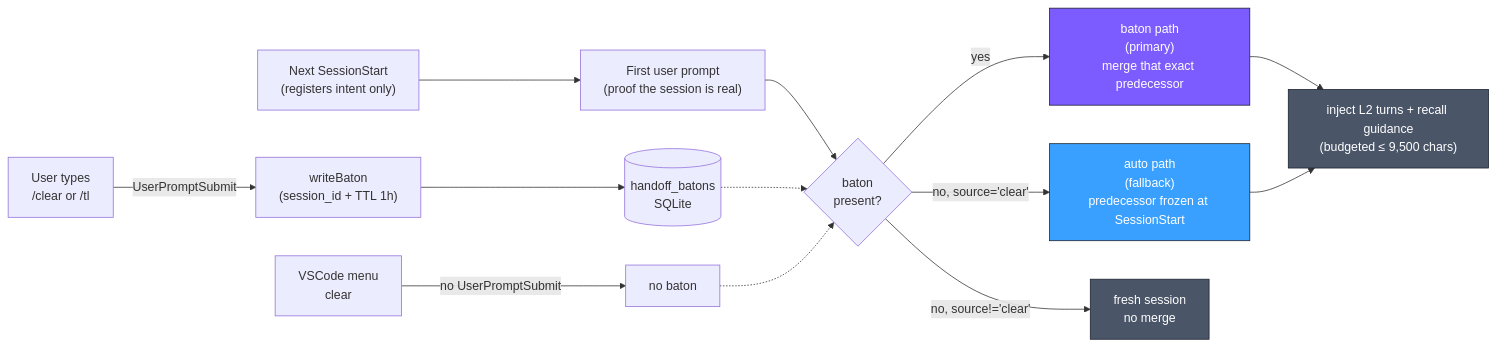
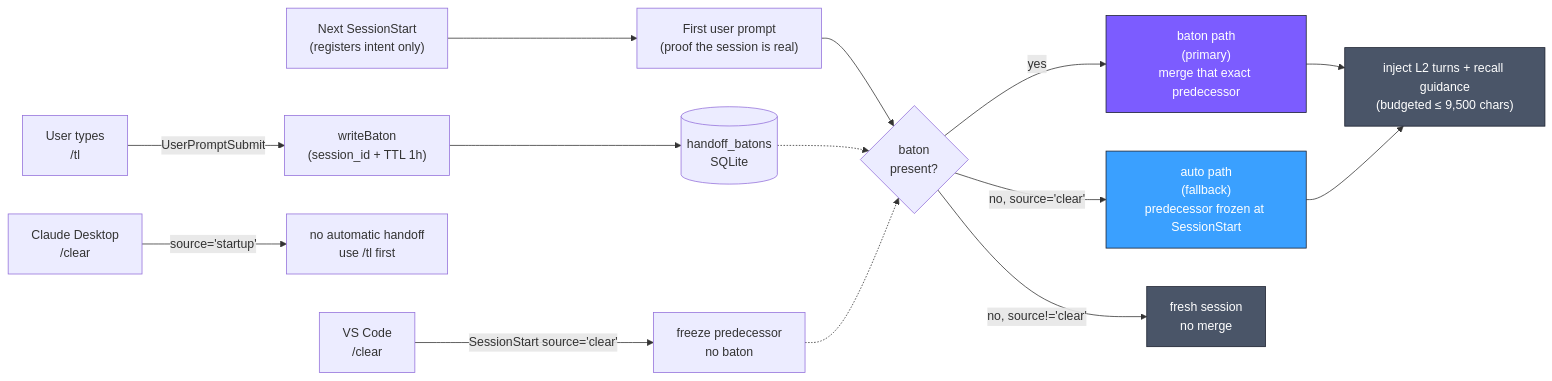
The third of 3 diagrams in README.md (kitepon-rgb/Throughline), drawn with Mermaid before and after one commit. The commit also changed other lines of this file and 56 other files, not shown here.

````diff
--- a/README.md
+++ b/README.md
@@ -241,22 +244,23 @@
 ```mermaid
 flowchart LR
-    U["User types<br/>/clear or /tl"] -->|UserPromptSubmit| W["writeBaton<br/>(session_id + TTL 1h)"]
+    U["User types<br/>/tl"] -->|UserPromptSubmit| W["writeBaton<br/>(session_id + TTL 1h)"]
     W --> B[("handoff_batons<br/>SQLite")]
-    M["VSCode menu<br/>clear"] -->|no UserPromptSubmit| X["no baton"]
+    M["VS Code<br/>/clear"] -->|SessionStart source='clear'| X["freeze predecessor<br/>no baton"]
+    D["Claude Desktop<br/>/clear"] -->|source='startup'| N["no automatic handoff<br/>use /tl first"]
     NS["Next SessionStart<br/>(registers intent only)"] --> FP["First user prompt<br/>(proof the session is real)"]
     FP --> C{"baton<br/>present?"}
     B -.-> C
     X -.-> C
     C -->|yes| P1["baton path<br/>(primary)<br/>merge that exact predecessor"]
     C -->|no, source='clear'| P2["auto path<br/>(fallback)<br/>predecessor frozen at SessionStart"]
     C -->|no, source!='clear'| P3["fresh session<br/>no merge"]
     P1 --> INJ["inject L2 turns + recall guidance<br/>(budgeted ≤ 9,500 chars)"]
     P2 --> INJ
 
     classDef primary fill:#7c5cff,stroke:#1a1f2e,color:#fff
     classDef fallback fill:#3aa0ff,stroke:#1a1f2e,color:#fff
     classDef neutral fill:#4a5568,stroke:#1a1f2e,color:#fff
     class P1 primary
     class P2 fallback
     class P3,INJ neutral
 ```
````
